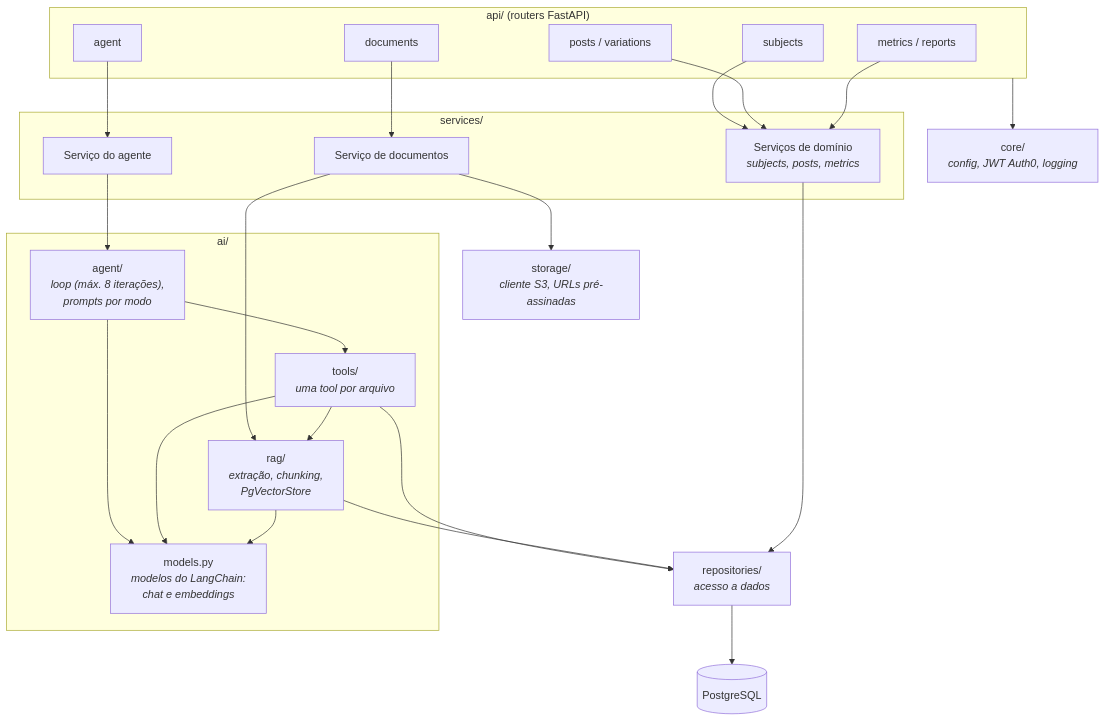
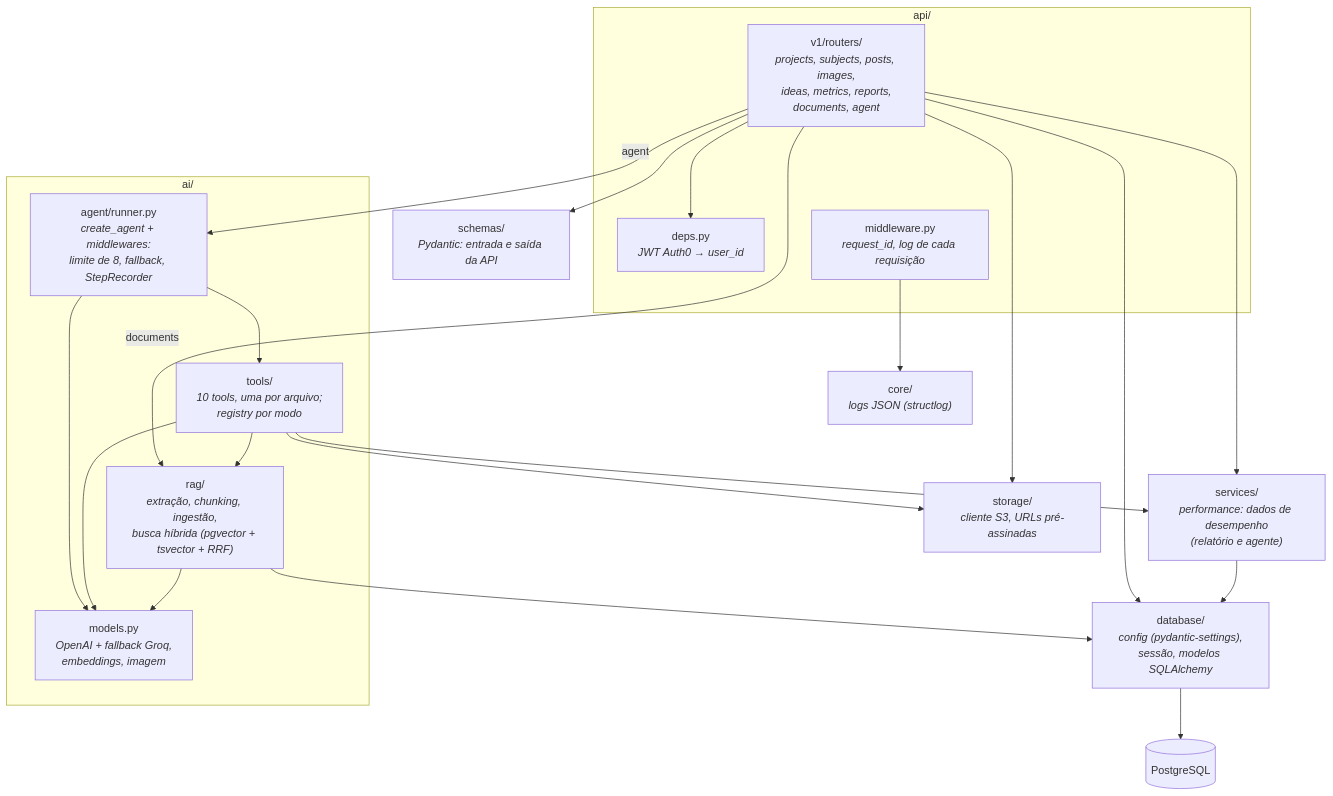
One commit to JonasRocha189/postpilot-ai changed the third of 3 diagrams in _docs/arquitetura.md. Above: the diagram before and after it, drawn with Mermaid. The commit also changed other lines of this file and 20 other files, not shown here.

First line of the commit message:
docs: TCC deliverables and C4; chore: remove unused metrics form; infra: daily database backup

````diff
--- a/_docs/arquitetura.md
+++ b/_docs/arquitetura.md
@@ -73,47 +79,42 @@
 ```mermaid
 flowchart TB
-    subgraph api["api/ (routers FastAPI)"]
-        r_assuntos["subjects"]
-        r_posts["posts / variations"]
-        r_docs["documents"]
-        r_metricas["metrics / reports"]
-        r_agente["agent"]
+    subgraph api["api/"]
+        deps["deps.py<br/><i>JWT Auth0 → user_id</i>"]
+        mw["middleware.py<br/><i>request_id, log de cada requisição</i>"]
+        routers["v1/routers/<br/><i>projects, subjects, posts, images,<br/>ideas, metrics, reports,<br/>documents, agent</i>"]
     end
 
-    core["core/<br/><i>config, JWT Auth0, logging</i>"]
+    schemas["schemas/<br/><i>Pydantic: entrada e saída da API</i>"]
+    services["services/<br/><i>performance: dados de desempenho<br/>(relatório e agente)</i>"]
+    database["database/<br/><i>config (pydantic-settings),<br/>sessão, modelos SQLAlchemy</i>"]
+    storage["storage/<br/><i>cliente S3, URLs pré-assinadas</i>"]
+    core["core/<br/><i>logs JSON (structlog)</i>"]
 
-    subgraph services["services/"]
-        s_crud["Serviços de domínio<br/><i>subjects, posts, metrics</i>"]
-        s_docs["Serviço de documentos"]
-        s_agente["Serviço do agente"]
+    subgraph ai["ai/"]
+        models["models.py<br/><i>OpenAI + fallback Groq,<br/>embeddings, imagem</i>"]
+        runner["agent/runner.py<br/><i>create_agent + middlewares:<br/>limite de 8, fallback, StepRecorder</i>"]
+        tools["tools/<br/><i>10 tools, uma por arquivo;<br/>registry por modo</i>"]
+        rag["rag/<br/><i>extração, chunking, ingestão,<br/>busca híbrida (pgvector + tsvector + RRF)</i>"]
     end
 
-    repos["repositories/<br/><i>acesso a dados</i>"]
-
-    subgraph ai["ai/"]
-        loop["agent/<br/><i>loop (máx. 8 iterações),<br/>prompts por modo</i>"]
-        tools["tools/<br/><i>uma tool por arquivo</i>"]
-        rag["rag/<br/><i>extração, chunking,<br/>PgVectorStore</i>"]
-        providers["models.py<br/><i>modelos do LangChain:<br/>chat e embeddings</i>"]
-    end
-
-    storage["storage/<br/><i>cliente S3, URLs pré-assinadas</i>"]
     db[("PostgreSQL")]
 
-    api --> core
-    r_assuntos & r_posts & r_metricas --> s_crud
-    r_docs --> s_docs
-    r_agente --> s_agente
-    s_crud --> repos
-    s_docs --> storage
-    s_docs --> rag
-    s_agente --> loop
-    loop --> providers
-    loop --> tools
-    tools --> repos
+    routers --> deps
+    routers --> schemas
+    routers --> database
+    routers --> storage
+    routers --> services
+    routers -- "documents" --> rag
+    routers -- "agent" --> runner
+    runner --> models
+    runner --> tools
     tools --> rag
-    tools --> providers
-    rag --> providers
-    rag --> repos
-    repos --> db
+    tools --> services
+    tools --> storage
+    tools --> models
+    rag --> models
+    rag --> database
+    services --> database
+    database --> db
+    mw --> core
 ```
````
